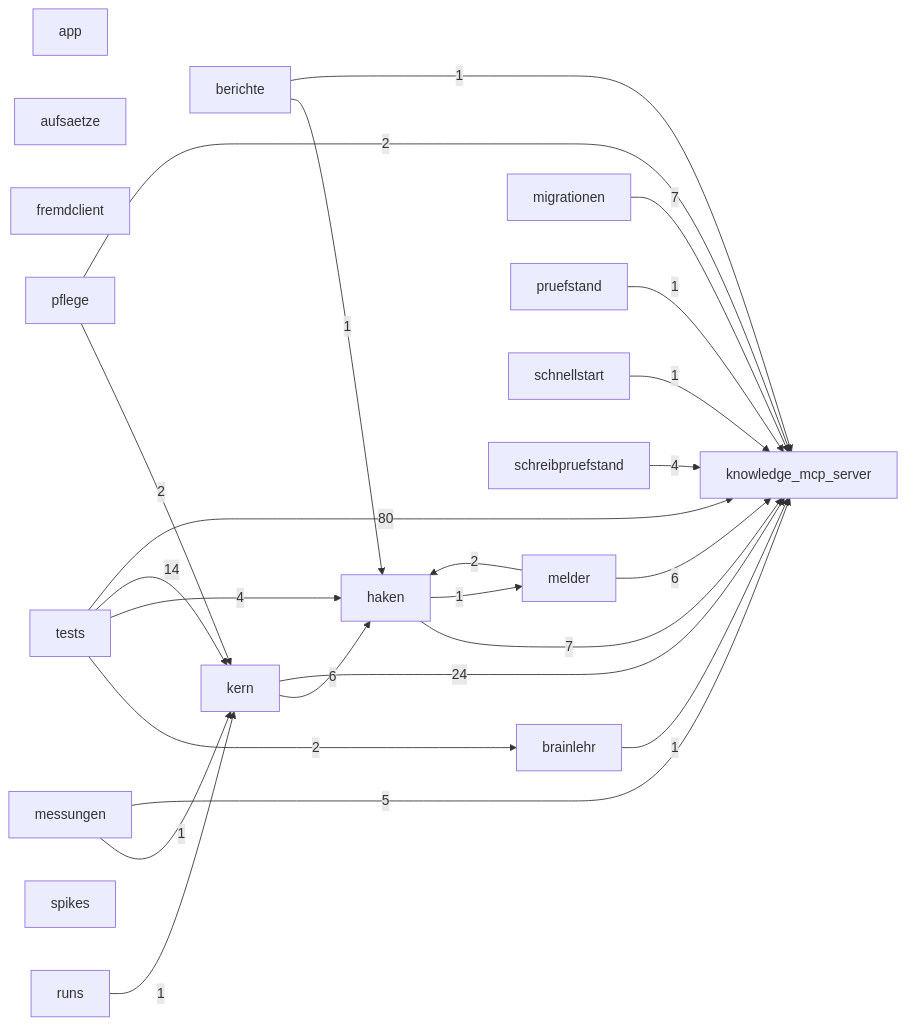
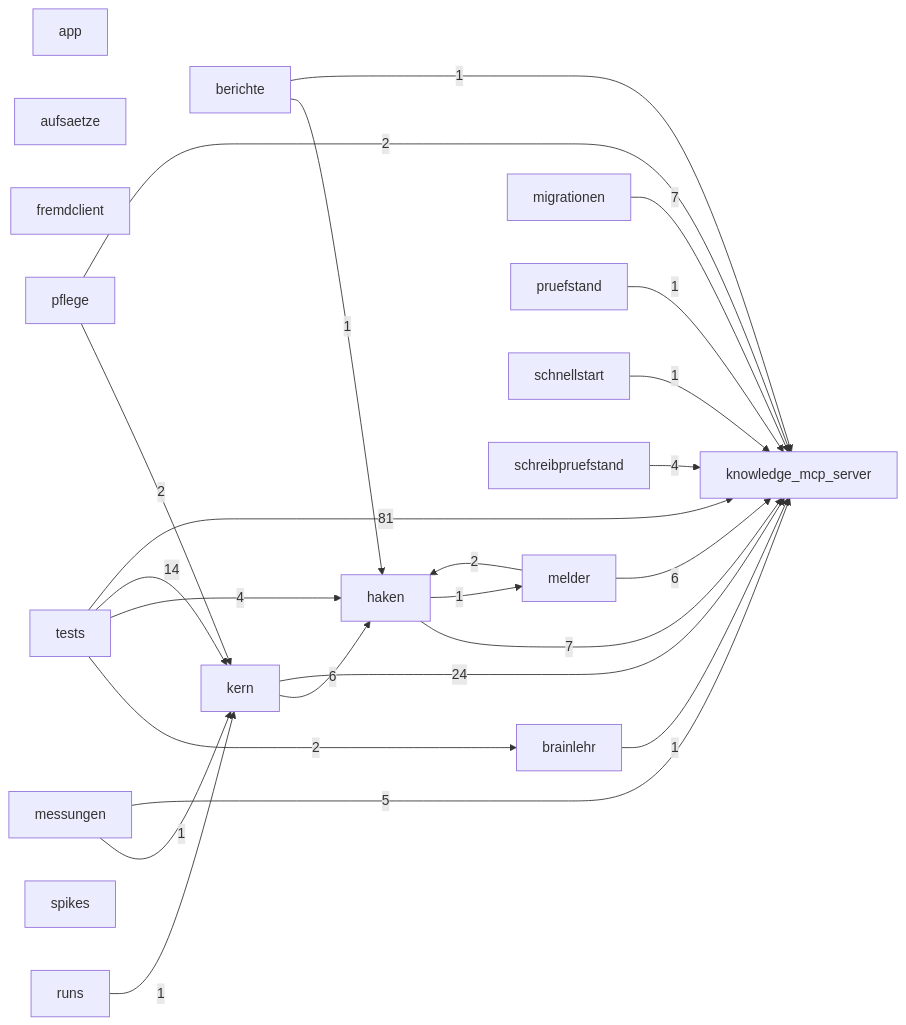
One commit to 3lehr/brainlehr changed the diagram in docs/karten/code-brainlehr.md. Above: the diagram before and after it, drawn with Mermaid. The commit also changed 3 other files, not shown here.

````diff
--- a/docs/karten/code-brainlehr.md
+++ b/docs/karten/code-brainlehr.md
@@ -5,43 +5,43 @@
 ```mermaid
 graph LR
   app["app"]
   aufsaetze["aufsaetze"]
   berichte["berichte"]
   brainlehr["brainlehr"]
   fremdclient["fremdclient"]
   haken["haken"]
   kern["kern"]
   knowledge_mcp_server["knowledge_mcp_server"]
   melder["melder"]
   messungen["messungen"]
   migrationen["migrationen"]
   pflege["pflege"]
   pruefstand["pruefstand"]
   runs["runs"]
   schnellstart["schnellstart"]
   schreibpruefstand["schreibpruefstand"]
   spikes["spikes"]
   tests["tests"]
   berichte -->|1| haken
   berichte -->|1| knowledge_mcp_server
   brainlehr -->|1| knowledge_mcp_server
   haken -->|7| knowledge_mcp_server
   haken -->|1| melder
   kern -->|6| haken
   kern -->|24| knowledge_mcp_server
   melder -->|2| haken
   melder -->|6| knowledge_mcp_server
   messungen -->|1| kern
   messungen -->|5| knowledge_mcp_server
   migrationen -->|7| knowledge_mcp_server
   pflege -->|2| kern
   pflege -->|2| knowledge_mcp_server
   pruefstand -->|1| knowledge_mcp_server
   runs -->|1| kern
   schnellstart -->|1| knowledge_mcp_server
   schreibpruefstand -->|4| knowledge_mcp_server
   tests -->|2| brainlehr
   tests -->|4| haken
   tests -->|14| kern
-  tests -->|80| knowledge_mcp_server
+  tests -->|81| knowledge_mcp_server
 ```
````
